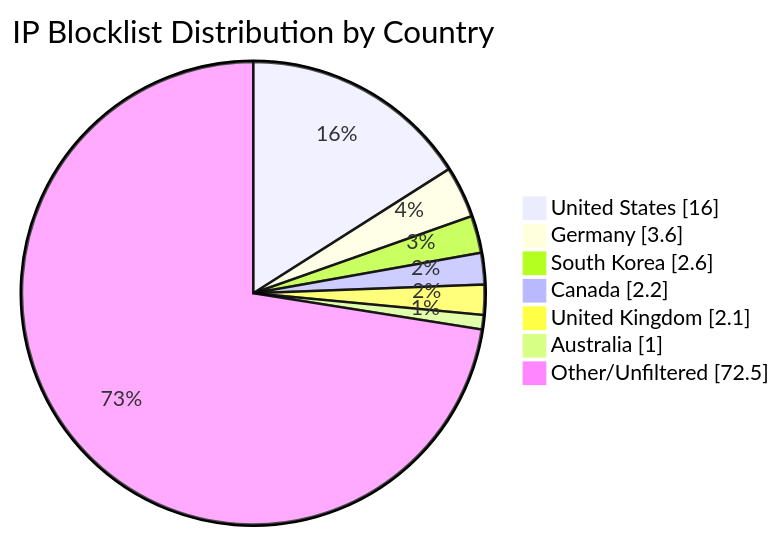
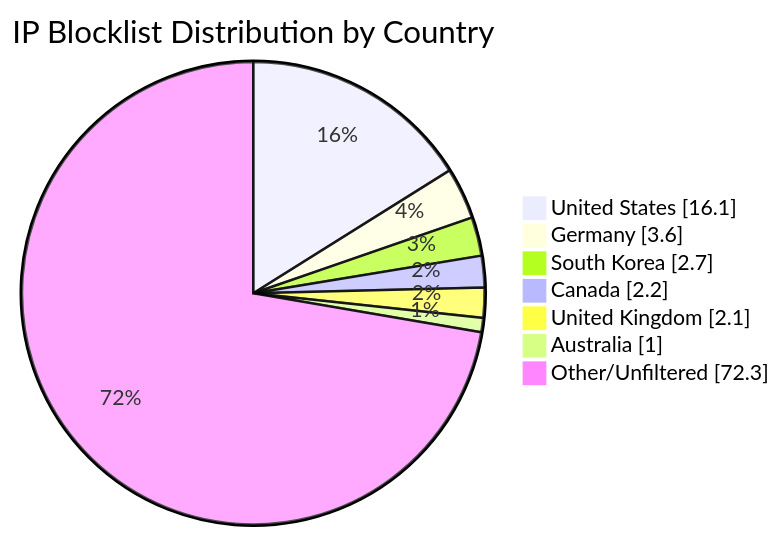
Before and after one commit to MarcusHoltz/ipblocklist-geofiltered-aggregator: the diagram in README.md, drawn with Mermaid. The commit also changed other lines of this file and 9 other files, not shown here.

````diff
--- a/README.md
+++ b/README.md
@@ -34,10 +34,10 @@
 ```mermaid
 pie showData title IP Blocklist Distribution by Country
-"United States" : 16.0
+"United States" : 16.1
 "Germany" : 3.6
-"South Korea" : 2.6
+"South Korea" : 2.7
 "Canada" : 2.2
 "United Kingdom" : 2.1
 "Australia" : 1.0
-"Other/Unfiltered" : 72.5
+"Other/Unfiltered" : 72.3
 ```
````
